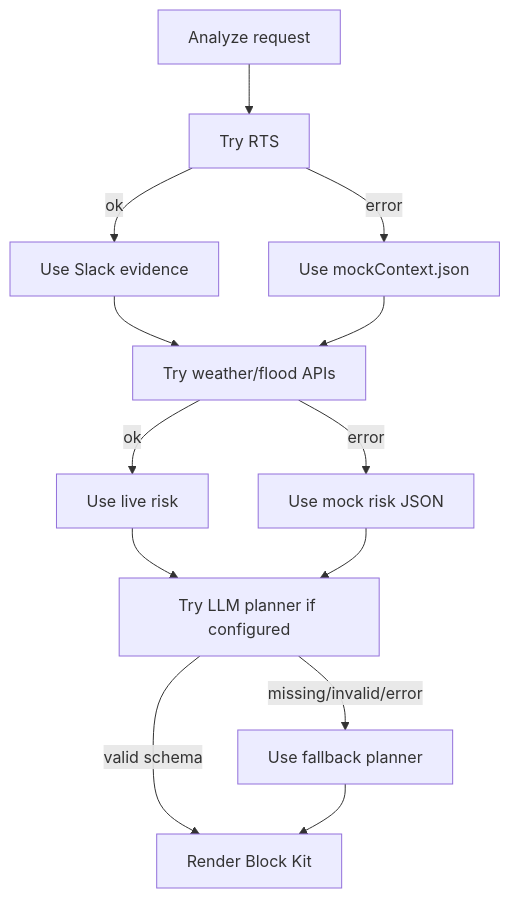
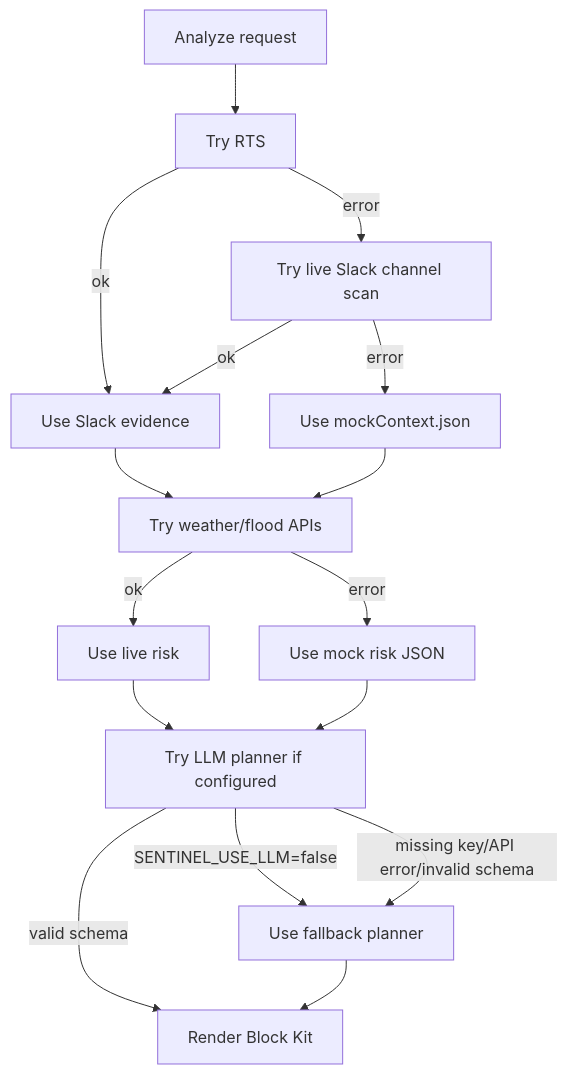
Before and after one commit to kaustubh-dot/SentinelSwarm: the third of 3 diagrams in docs/ARCHITECTURE.md, drawn with Mermaid. The commit also changed other lines of this file and 21 other files, not shown here.

````diff
--- a/docs/ARCHITECTURE.md
+++ b/docs/ARCHITECTURE.md
@@ -105,15 +110,18 @@
 ```mermaid
 flowchart TD
   Start["Analyze request"] --> TryRTS["Try RTS"]
   TryRTS -->|ok| Evidence["Use Slack evidence"]
-  TryRTS -->|error| MockEvidence["Use mockContext.json"]
+  TryRTS -->|error| TrySlackScan["Try live Slack channel scan"]
+  TrySlackScan -->|ok| Evidence
+  TrySlackScan -->|error| MockEvidence["Use mockContext.json"]
   Evidence --> TryWeather["Try weather/flood APIs"]
   MockEvidence --> TryWeather
   TryWeather -->|ok| LiveRisk["Use live risk"]
   TryWeather -->|error| MockRisk["Use mock risk JSON"]
   LiveRisk --> TryLLM["Try LLM planner if configured"]
   MockRisk --> TryLLM
+  TryLLM -->|SENTINEL_USE_LLM=false| Deterministic["Use fallback planner"]
   TryLLM -->|valid schema| Render["Render Block Kit"]
-  TryLLM -->|missing/invalid/error| Deterministic["Use fallback planner"]
+  TryLLM -->|missing key/API error/invalid schema| Deterministic
   Deterministic --> Render
 ```
````
